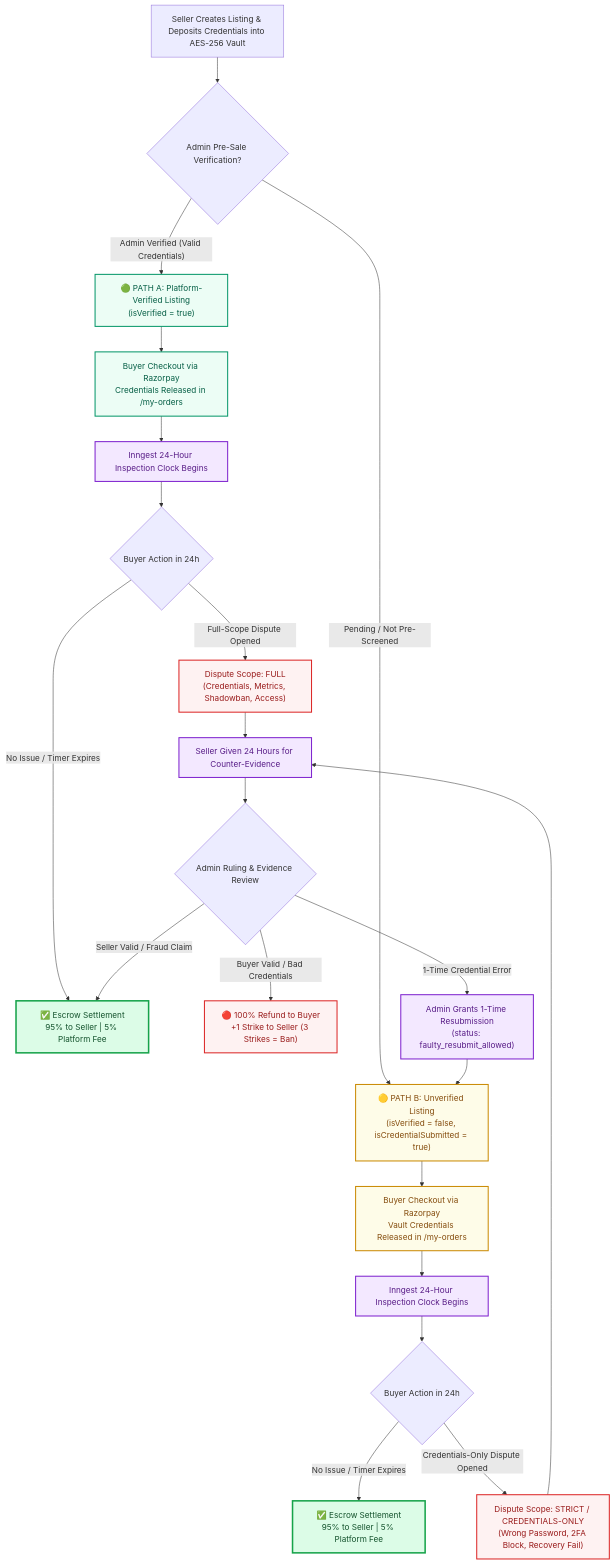
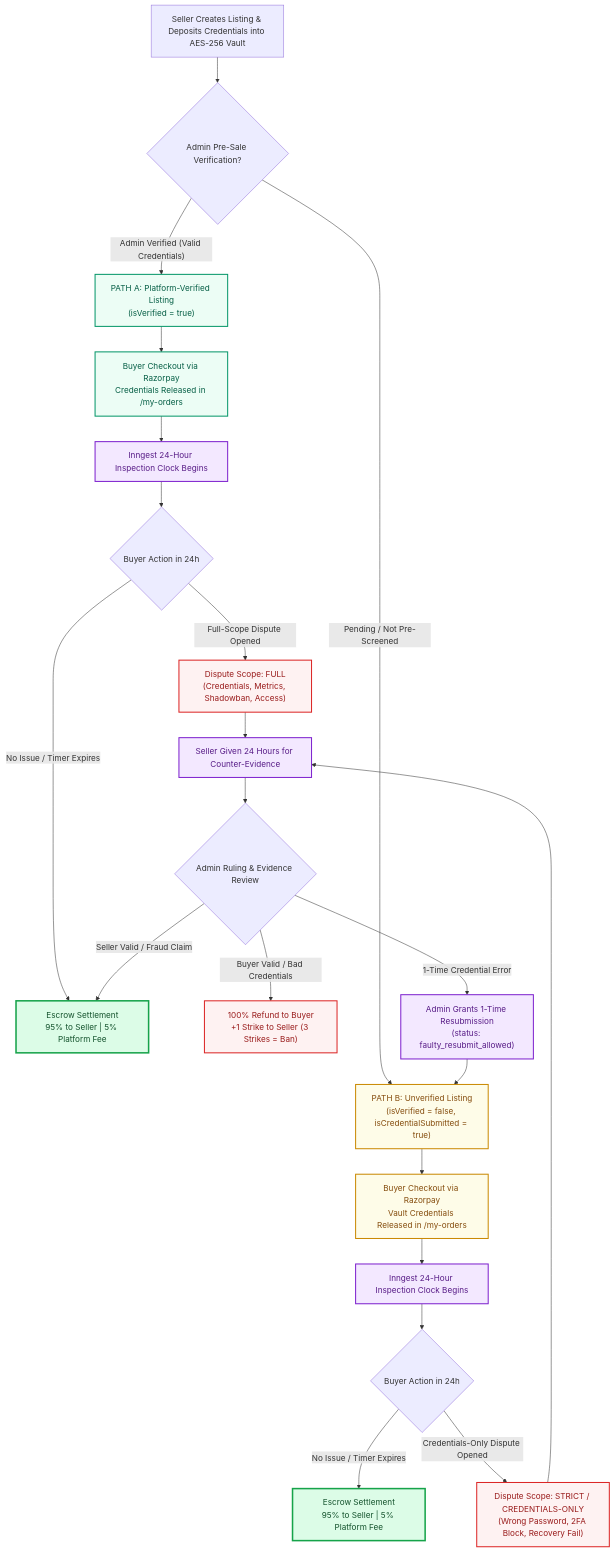
The diagram in README.md (sayand-babu/socialy), drawn with Mermaid before and after one commit. The commit also changed other lines of this file and 3 other files, not shown here.

````diff
--- a/README.md
+++ b/README.md
@@ -56,40 +56,40 @@
 ```mermaid
 flowchart TD
     %% Styling
     classDef verified fill:#ecfdf5,stroke:#059669,stroke-width:2px,color:#065f46;
     classDef unverified fill:#fefce8,stroke:#ca8a04,stroke-width:2px,color:#854d0e;
     classDef dispute fill:#fef2f2,stroke:#dc2626,stroke-width:2px,color:#991b1b;
     classDef system fill:#f3e8ff,stroke:#7e22ce,stroke-width:2px,color:#581c87;
     classDef success fill:#dcfce7,stroke:#16a34a,stroke-width:3px,color:#14532d;
 
     %% Entry
     Start["Seller Creates Listing & Deposits Credentials into AES-256 Vault"] --> PreSale{"Admin Pre-Sale Verification?"}
 
     %% PATH A: Platform-Verified
-    PreSale -- "Admin Verified (Valid Credentials)" --> PathA["🟢 PATH A: Platform-Verified Listing<br/>(isVerified = true)"]:::verified
+    PreSale -- "Admin Verified (Valid Credentials)" --> PathA["PATH A: Platform-Verified Listing<br/>(isVerified = true)"]:::verified
     PathA --> BuyA["Buyer Checkout via Razorpay<br/>Credentials Released in /my-orders"]:::verified
     BuyA --> ClockA["Inngest 24-Hour Inspection Clock Begins"]:::system
     ClockA --> DispA{"Buyer Action in 24h"}
 
-    DispA -- "No Issue / Timer Expires" --> SuccessA["✅ Escrow Settlement<br/>95% to Seller | 5% Platform Fee"]:::success
+    DispA -- "No Issue / Timer Expires" --> SuccessA["Escrow Settlement<br/>95% to Seller | 5% Platform Fee"]:::success
     DispA -- "Full-Scope Dispute Opened" --> ScopeA["Dispute Scope: FULL<br/>(Credentials, Metrics, Shadowban, Access)"]:::dispute
 
     %% PATH B: Unverified
-    PreSale -- "Pending / Not Pre-Screened" --> PathB["🟡 PATH B: Unverified Listing<br/>(isVerified = false, isCredentialSubmitted = true)"]:::unverified
+    PreSale -- "Pending / Not Pre-Screened" --> PathB["PATH B: Unverified Listing<br/>(isVerified = false, isCredentialSubmitted = true)"]:::unverified
     PathB --> BuyB["Buyer Checkout via Razorpay<br/>Vault Credentials Released in /my-orders"]:::unverified
     BuyB --> ClockB["Inngest 24-Hour Inspection Clock Begins"]:::system
     ClockB --> DispB{"Buyer Action in 24h"}
 
-    DispB -- "No Issue / Timer Expires" --> SuccessB["✅ Escrow Settlement<br/>95% to Seller | 5% Platform Fee"]:::success
+    DispB -- "No Issue / Timer Expires" --> SuccessB["Escrow Settlement<br/>95% to Seller | 5% Platform Fee"]:::success
     DispB -- "Credentials-Only Dispute Opened" --> ScopeB["Dispute Scope: STRICT / CREDENTIALS-ONLY<br/>(Wrong Password, 2FA Block, Recovery Fail)"]:::dispute
 
     %% Dispute Resolution (Common)
     ScopeA --> SellerDeadline["Seller Given 24 Hours for Counter-Evidence"]:::system
     ScopeB --> SellerDeadline
 
     SellerDeadline --> Resolution{"Admin Ruling & Evidence Review"}
-    Resolution -- "Buyer Valid / Bad Credentials" --> Refund["🔴 100% Refund to Buyer<br/>+1 Strike to Seller (3 Strikes = Ban)"]:::dispute
+    Resolution -- "Buyer Valid / Bad Credentials" --> Refund["100% Refund to Buyer<br/>+1 Strike to Seller (3 Strikes = Ban)"]:::dispute
     Resolution -- "Seller Valid / Fraud Claim" --> SuccessA
     Resolution -- "1-Time Credential Error" --> Resubmit["Admin Grants 1-Time Resubmission<br/>(status: faulty_resubmit_allowed)"]:::system
     Resubmit --> PathB
 ```
````
